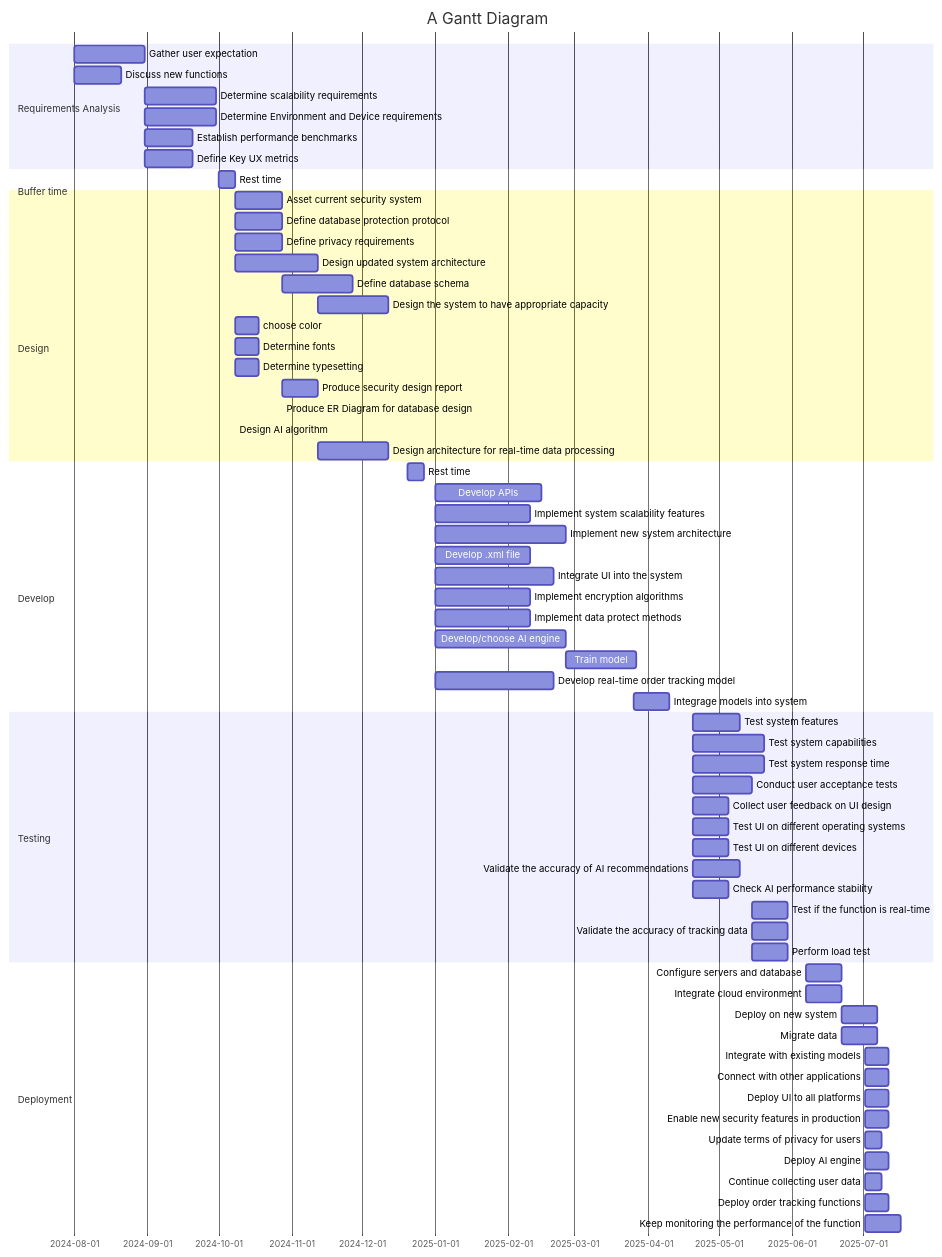
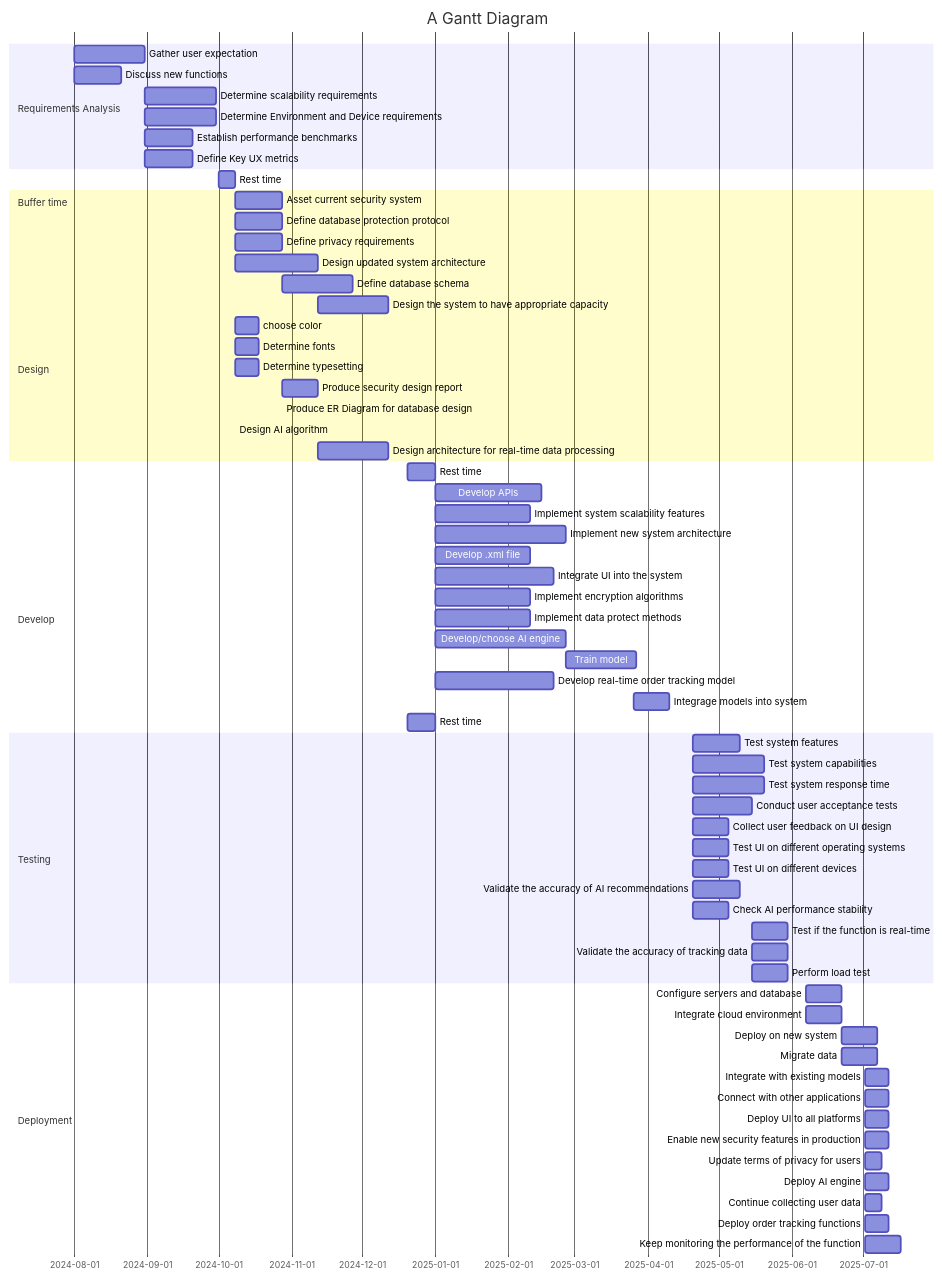
One commit to sayshelley/iodraw-files changed the diagram in all/Untitled-5.md. Above: the diagram before and after it, drawn with Mermaid.

Commit message:
2024-10-11 18:48:23 update

````diff
--- a/all/Untitled-5.md
+++ b/all/Untitled-5.md
@@ -1,77 +1,79 @@
 ```mermaid
 gantt
     title A Gantt Diagram
     dateFormat  YYYY-MM-DD
     section Requirements Analysis
         Gather user expectation: a4, 2024-08-01, 30d
         Discuss new functions: a6, 2024-08-01, 20d
         Determine scalability requirements: a1, after a4, 30d
         Determine Environment and Device requirements: a2, after a4, 30d
         Establish performance benchmarks: a3, after a4, 20d
         Define Key UX metrics: a5, after a4, 20d
     section Buffer time
         Rest time: 2024-10-01, 7d
         
     section Design
         Asset current security system: b1, 2024-10-08, 20d
         Define database protection protocol: b2, 2024-10-08, 20d
         Define privacy requirements: b3, 2024-10-08, 20d
         Design updated system architecture: b4, 2024-10-08, 35d
         Define database schema: b5, after b2, 30d
         Design the system to have appropriate capacity: b6, after b4, 30d
         choose color: b7, 2024-10-08, 10d
         Determine fonts: b8, 2024-10-08, 10d
         Determine typesetting: b9, 2024-10-08, 10d
         Produce security design report: b10, 2024-10-28 ,15d
         Produce ER Diagram for database design: b11, 2024-10-28, 15
         Design AI algorithm: b12, 2024-10-08, 35
         Design architecture for real-time data processing: b13, 2024-11-12,30d
     section Buffer time
-        Rest time: 2024-12-20, 7d
+        Rest time: 2024-12-20, 12d
     section Develop
         Develop APIs: c1, 2025-01-01, 45d
         Implement system scalability features: c2, 2025-01-01, 40d
         Implement new system architecture: c3, 2025-01-01, 55d
         Develop .xml file: c4, 2025-01-01, 40d
         Integrate UI into the system: c5, 2025-01-01, 50d
         Implement encryption algorithms:c6, 2025-01-01, 40d
         Implement data protect methods: c7, 2025-01-01, 40d
         Develop/choose AI engine: c8, 2025-01-01, 55d
         Train model: c9, 2025-02-25, 30d
         Develop real-time order tracking model: c10, 2025-01-01, 50d
         Integrage models into system: c11, 2025-03-26, 15d
+    section Buffer time
+        Rest time: 2024-12-20, 12d
     section Testing
         Test system features: d1, 2025-04-20, 20d
         Test system capabilities: d2, 2025-04-20, 30d
         Test system response time: d3, 2025-04-20, 30d
         Conduct user acceptance tests: d4, 2025-04-20, 25d
         Collect user feedback on UI design: d5, 2025-04-20, 15d
         Test UI on different operating systems: d6, 2025-04-20, 15d
         Test UI on different devices: d7, 2025-04-20, 15d
         Validate the accuracy of AI recommendations: d8, 2025-04-20, 20d
         Check AI performance stability: d9, 2025-04-20, 15d
         Test if the function is real-time: d10, 2025-05-15, 15d
         Validate the accuracy of tracking data: d11, 2025-05-15, 15d
         Perform load test: d12, 2025-05-15, 15d
     section Deployment
         Configure servers and database: e1, 2025-06-07, 15d
         Integrate cloud environment: e2, 2025-06-07, 15d
         Deploy on new system: e3, 2025-06-22, 15d
         Migrate data: e4, 2025-06-22, 15d
         Integrate with existing models: e5, 2025-07-02, 10d
         Connect with other applications: e6, 2025-07-02,10d
         Deploy UI to all platforms: e7, 2025-07-02, 10d
         Enable new security features in production: e8, 2025-07-02, 10d
         Update terms of privacy for users: e9, 2025-07-02, 7d
         Deploy AI engine: e10, 2025-07-02,10d
         Continue collecting user data: e11, 2025-07-02, 7d
         Deploy order tracking functions: e12, 2025-07-02, 10d
         Keep monitoring the performance of the function: e13, 2025-07-02, 15d
     
         
 
     
 
 
    
 ```
````
